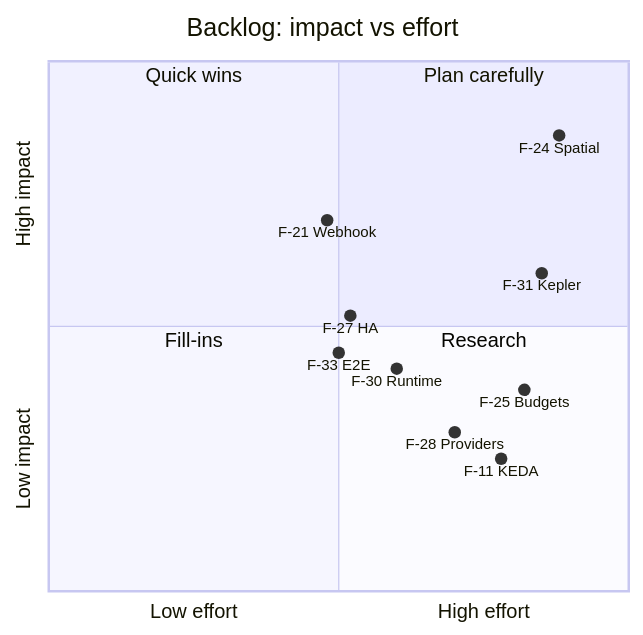
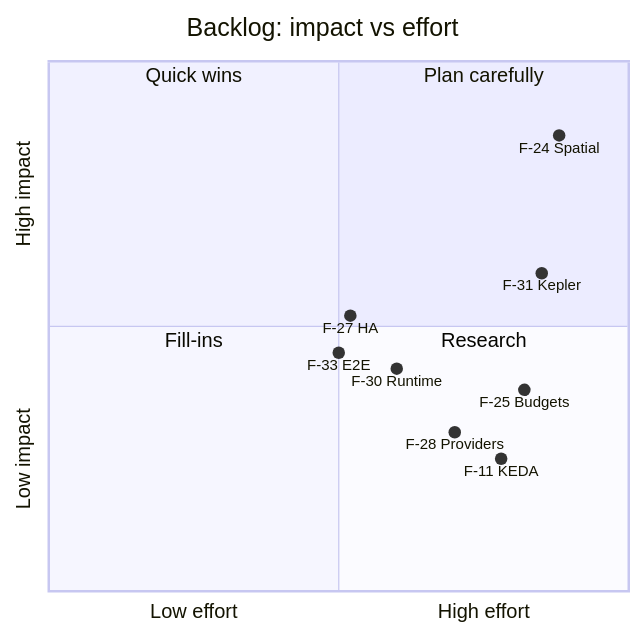
The second of 3 diagrams in docs/FEATURES.md (mahmudul-islam32/carbon-aware-k8s-scheduler), drawn with Mermaid before and after one commit. The commit also changed other lines of this file and 16 other files, not shown here.

````diff
--- a/docs/FEATURES.md
+++ b/docs/FEATURES.md
@@ -714,19 +750,18 @@
 ```mermaid
 quadrantChart
     title Backlog: impact vs effort
     x-axis Low effort --> High effort
     y-axis Low impact --> High impact
     quadrant-1 Plan carefully
     quadrant-2 Quick wins
     quadrant-3 Fill-ins
     quadrant-4 Research
-    F-21 Webhook: [0.48, 0.70]
     F-27 HA: [0.52, 0.52]
     F-33 E2E: [0.50, 0.45]
     F-24 Spatial: [0.88, 0.86]
     F-25 Budgets: [0.82, 0.38]
     F-28 Providers: [0.70, 0.30]
     F-30 Runtime: [0.60, 0.42]
     F-31 Kepler: [0.85, 0.60]
     F-11 KEDA: [0.78, 0.25]
 ```
````
